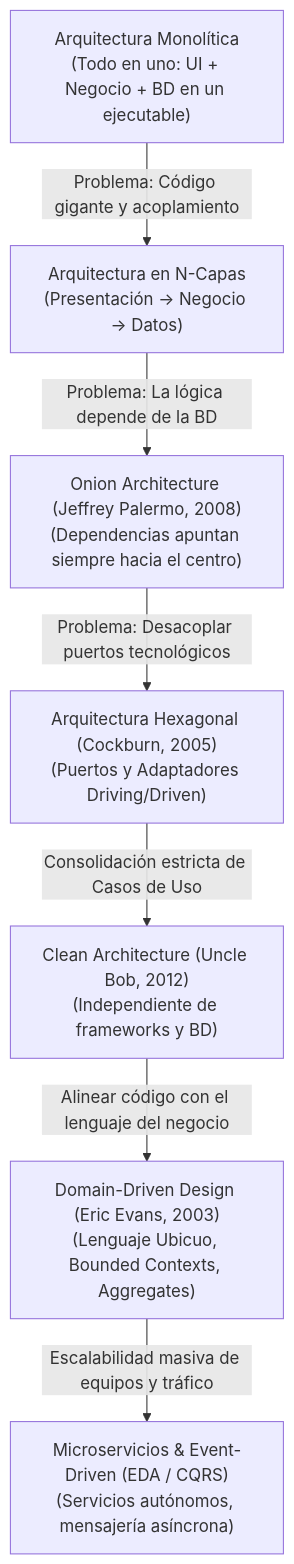
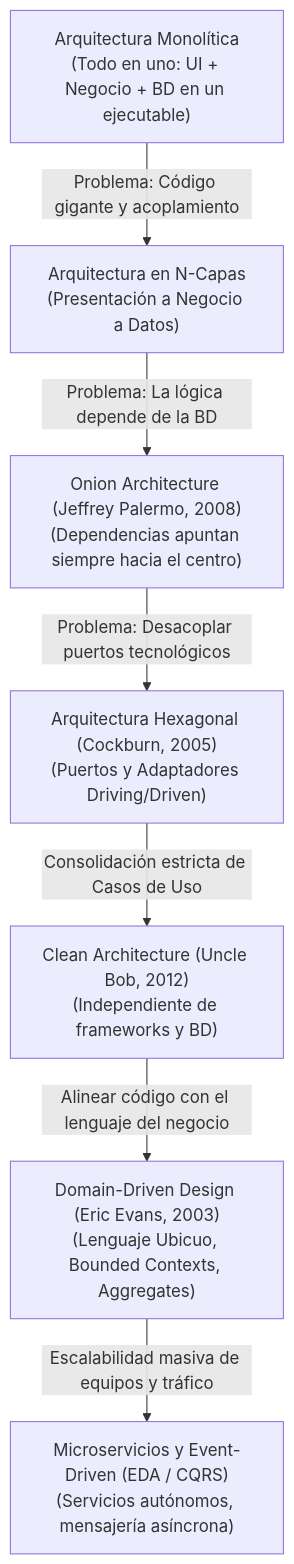
One commit to rcarmonan-commits/users-management-php changed the first of 3 diagrams in README.md. Above: the diagram before and after it, drawn with Mermaid. The commit also changed other lines of this file and 3 other files, not shown here.

First line of the commit message:
docs(readme): integrar diagramas vectoriales SVG y optimizar sintaxis Mermaid

````diff
--- a/README.md
+++ b/README.md
@@ -55,9 +62,9 @@
 ```mermaid
 flowchart TD
-    A["Arquitectura Monolítica\n(Todo en uno: UI + Negocio + BD en un ejecutable)"] -->|"Problema: Código gigante y acoplamiento"| B["Arquitectura en N-Capas\n(Presentación → Negocio → Datos)"]
-    B -->|"Problema: La lógica depende de la BD"| C["Onion Architecture (Jeffrey Palermo, 2008)\n(Dependencias apuntan siempre hacia el centro)"]
-    C -->|"Problema: Desacoplar puertos tecnológicos"| D["Arquitectura Hexagonal (Cockburn, 2005)\n(Puertos y Adaptadores Driving/Driven)"]
-    D -->|"Consolidación estricta de Casos de Uso"| E["Clean Architecture (Uncle Bob, 2012)\n(Independiente de frameworks y BD)"]
-    E -->|"Alinear código con el lenguaje del negocio"| F["Domain-Driven Design (Eric Evans, 2003)\n(Lenguaje Ubicuo, Bounded Contexts, Aggregates)"]
-    F -->|"Escalabilidad masiva de equipos y tráfico"| G["Microservicios & Event-Driven (EDA / CQRS)\n(Servicios autónomos, mensajería asíncrona)"]
+    A["Arquitectura Monolítica<br/>(Todo en uno: UI + Negocio + BD en un ejecutable)"] -->|"Problema: Código gigante y acoplamiento"| B["Arquitectura en N-Capas<br/>(Presentación a Negocio a Datos)"]
+    B -->|"Problema: La lógica depende de la BD"| C["Onion Architecture (Jeffrey Palermo, 2008)<br/>(Dependencias apuntan siempre hacia el centro)"]
+    C -->|"Problema: Desacoplar puertos tecnológicos"| D["Arquitectura Hexagonal (Cockburn, 2005)<br/>(Puertos y Adaptadores Driving/Driven)"]
+    D -->|"Consolidación estricta de Casos de Uso"| E["Clean Architecture (Uncle Bob, 2012)<br/>(Independiente de frameworks y BD)"]
+    E -->|"Alinear código con el lenguaje del negocio"| F["Domain-Driven Design (Eric Evans, 2003)<br/>(Lenguaje Ubicuo, Bounded Contexts, Aggregates)"]
+    F -->|"Escalabilidad masiva de equipos y tráfico"| G["Microservicios y Event-Driven (EDA / CQRS)<br/>(Servicios autónomos, mensajería asíncrona)"]
 ```
````
